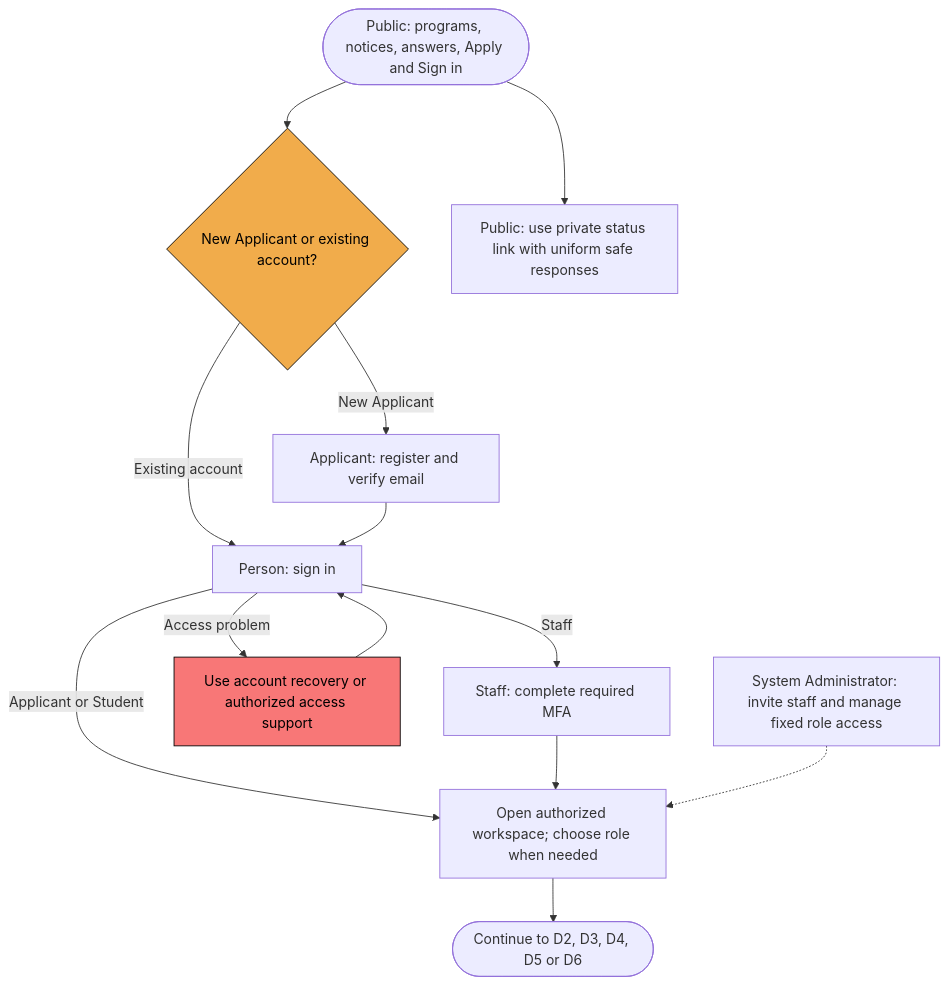
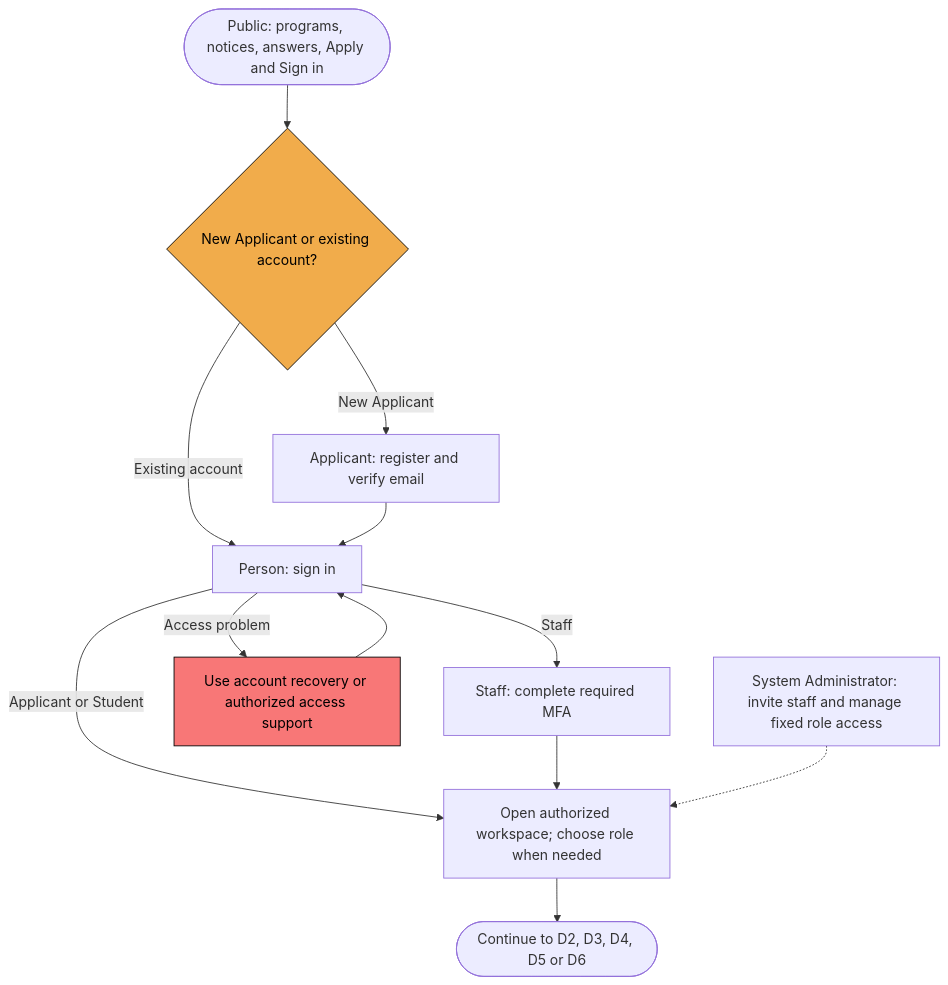
The second of 7 diagrams in 00_Project_Documents/TALA-System-Lifecycle-Flowchart.md (yosoykyle/SIA-TALA), drawn with Mermaid before and after one commit. The commit also changed other lines of this file and 6 other files, not shown here.

````diff
--- a/00_Project_Documents/TALA-System-Lifecycle-Flowchart.md
+++ b/00_Project_Documents/TALA-System-Lifecycle-Flowchart.md
@@ -57,21 +57,19 @@
 ```mermaid
 flowchart TB
   ENTRY(["Public: programs, notices, answers, Apply and Sign in"])
   ENTRY --> CHOICE{"New Applicant or existing account?"}
   CHOICE -->|New Applicant| SIGNUP["Applicant: register and verify email"]
   CHOICE -->|Existing account| LOGIN["Person: sign in"]
   SIGNUP --> LOGIN
   LOGIN -->|Applicant or Student| ROLE["Open authorized workspace; choose role when needed"]
   LOGIN -->|Staff| SECURE["Staff: complete required MFA"]
   SECURE --> ROLE
   ROLE --> WORK(["Continue to D2, D3, D4, D5 or D6"])
   LOGIN -->|Access problem| RECOVER["Use account recovery or authorized access support"]
   RECOVER --> LOGIN
   ADMIN["System Administrator: invite staff and manage fixed role access"] -.-> ROLE
-  STATUS["Public: use private status link with uniform safe responses"]
-  ENTRY --> STATUS
   classDef askBox fill:#F1AC4B,stroke:#000000,color:#000000;
   classDef warnBox fill:#F87777,stroke:#000000,color:#000000;
   class CHOICE askBox;
   class RECOVER warnBox;
 ```
````
